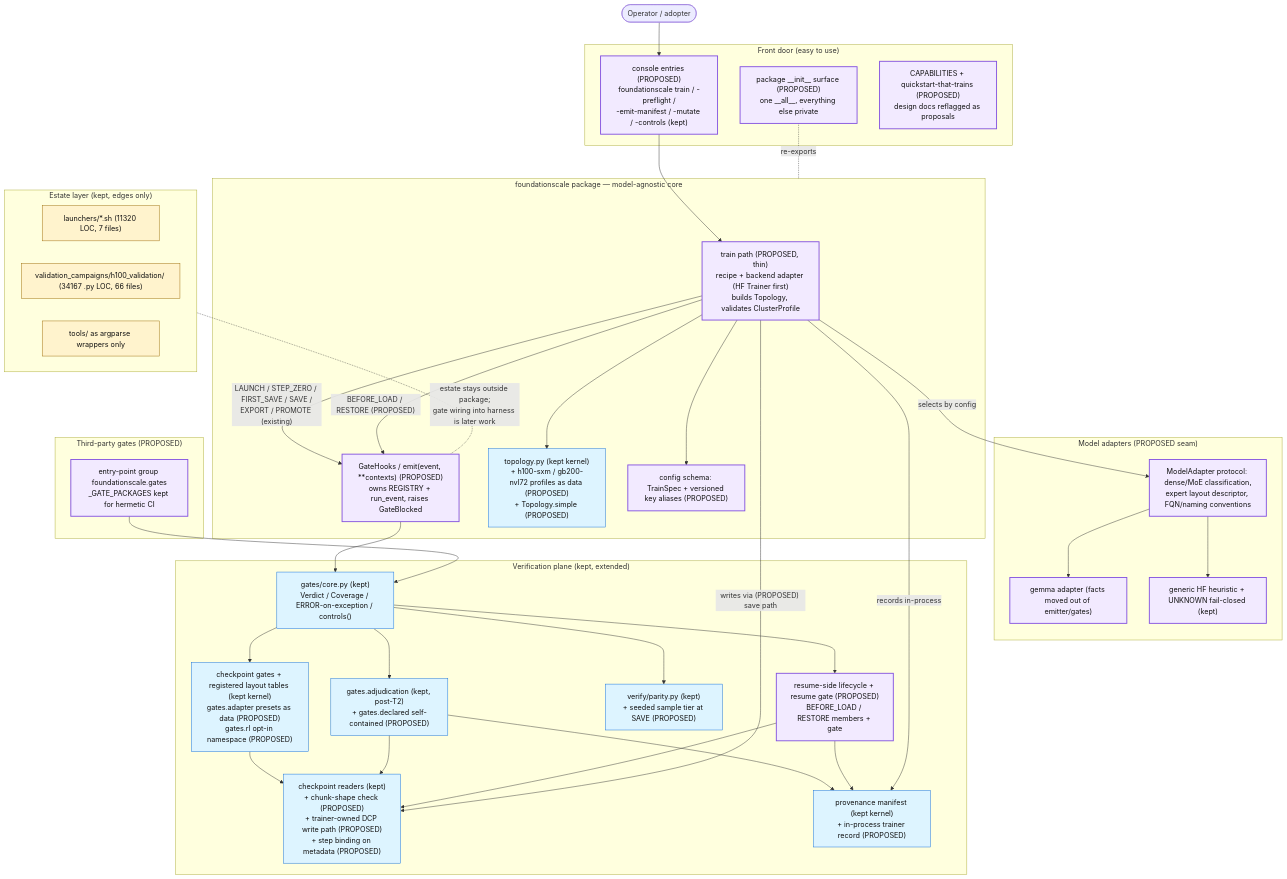
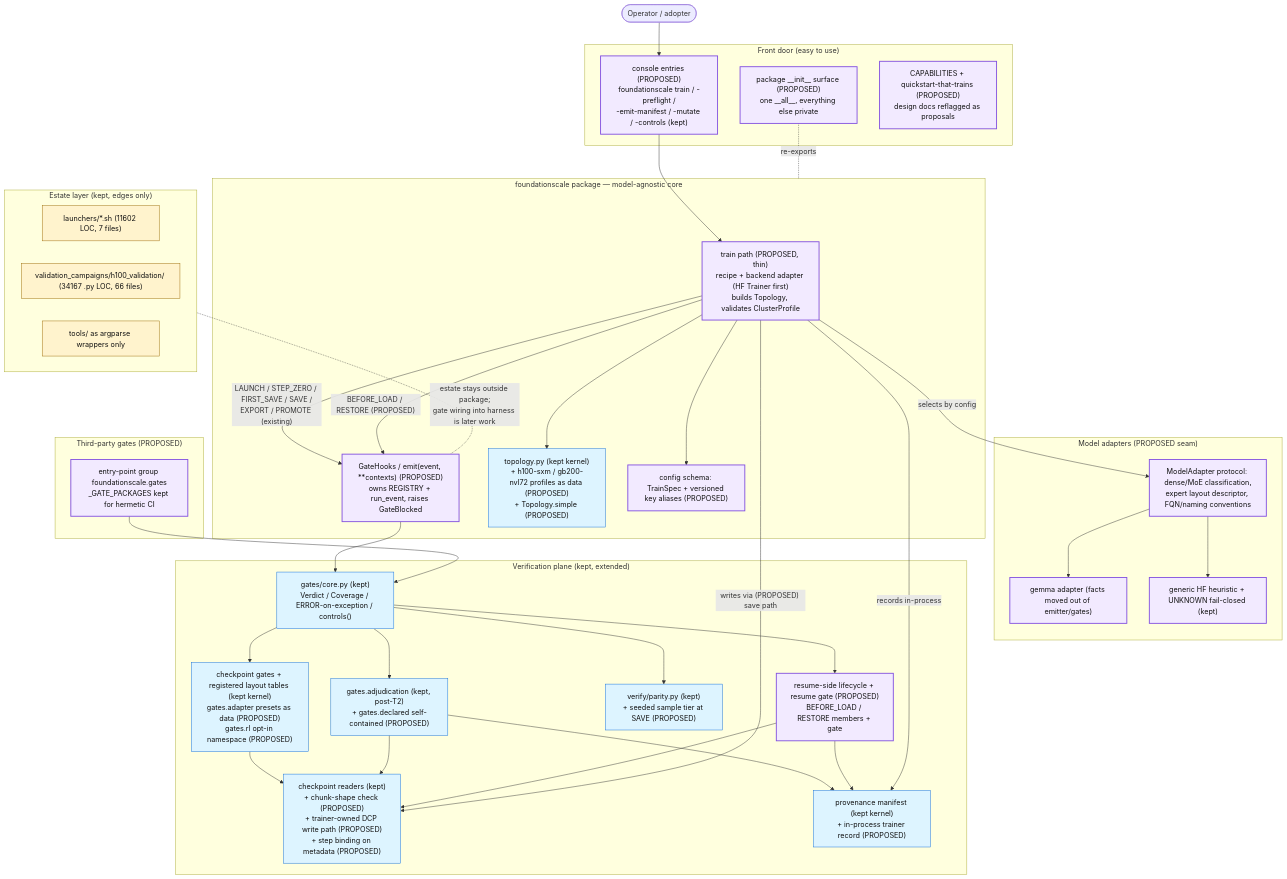
The diagram in docs/review/D5_proposed_architecture.md (TranNhiem/FoundationScale), drawn with Mermaid before and after one commit. The commit also changed other lines of this file and 15 other files, not shown here.

````diff
--- a/docs/review/D5_proposed_architecture.md
+++ b/docs/review/D5_proposed_architecture.md
@@ -13,74 +13,74 @@
 ```mermaid
 flowchart TB
   U(["Operator / adopter"])
 
   subgraph FRONT["Front door (easy to use)"]
     CLI["console entries (PROPOSED)<br/>foundationscale train / -preflight /<br/>-emit-manifest / -mutate / -controls (kept)"]
     SURF["package __init__ surface (PROPOSED)<br/>one __all__, everything else private"]
     DOCS["CAPABILITIES + quickstart-that-trains (PROPOSED)<br/>design docs reflagged as proposals"]
   end
 
   subgraph CORE["foundationscale package — model-agnostic core"]
     TRAIN["train path (PROPOSED, thin)<br/>recipe + backend adapter (HF Trainer first)<br/>builds Topology, validates ClusterProfile"]
     HOOKS["GateHooks / emit(event, **contexts) (PROPOSED)<br/>owns REGISTRY + run_event, raises GateBlocked"]
     TOPO["topology.py (kept kernel)<br/>+ h100-sxm / gb200-nvl72 profiles as data (PROPOSED)<br/>+ Topology.simple (PROPOSED)"]
     CONFIG["config schema: TrainSpec + versioned key aliases (PROPOSED)"]
   end
 
   subgraph ADAPT["Model adapters (PROPOSED seam)"]
     MA["ModelAdapter protocol: dense/MoE classification,<br/>expert layout descriptor, FQN/naming conventions"]
     GEM["gemma adapter (facts moved out of emitter/gates)"]
     HF["generic HF heuristic + UNKNOWN fail-closed (kept)"]
   end
 
   subgraph VERIFY["Verification plane (kept, extended)"]
     GCORE["gates/core.py (kept)<br/>Verdict / Coverage / ERROR-on-exception / controls()"]
     GCK["checkpoint gates + registered layout tables (kept kernel)<br/>gates.adapter presets as data (PROPOSED)<br/>gates.rl opt-in namespace (PROPOSED)"]
     ADJ["gates.adjudication (kept, post-T2)<br/>+ gates.declared self-contained (PROPOSED)"]
     PAR["verify/parity.py (kept)<br/>+ seeded sample tier at SAVE (PROPOSED)"]
     CKIO["checkpoint readers (kept)<br/>+ chunk-shape check (PROPOSED)<br/>+ trainer-owned DCP write path (PROPOSED)<br/>+ step binding on metadata (PROPOSED)"]
     PROV["provenance manifest (kept kernel)<br/>+ in-process trainer record (PROPOSED)"]
     RES["resume-side lifecycle + resume gate (PROPOSED)<br/>BEFORE_LOAD / RESTORE members + gate"]
   end
 
   subgraph PLUG["Third-party gates (PROPOSED)"]
     EP["entry-point group foundationscale.gates<br/>_GATE_PACKAGES kept for hermetic CI"]
   end
 
   subgraph ESTATE["Estate layer (kept, edges only)"]
-    LAU["launchers/*.sh (11320 LOC, 7 files)"]
+    LAU["launchers/*.sh (11602 LOC, 7 files)"]
     H100["validation_campaigns/h100_validation/ (34167 .py LOC, 66 files)"]
     WRAP["tools/ as argparse wrappers only"]
   end
 
   U --> CLI --> TRAIN
   SURF -. re-exports .- CORE
   TRAIN --> TOPO
   TRAIN --> CONFIG
   TRAIN -- "selects by config" --> MA
   MA --> GEM
   MA --> HF
   TRAIN -- "LAUNCH / STEP_ZERO / FIRST_SAVE / SAVE /<br/>EXPORT / PROMOTE (existing)" --> HOOKS
   TRAIN -- "BEFORE_LOAD / RESTORE (PROPOSED)" --> HOOKS
   HOOKS --> GCORE
   EP --> GCORE
   GCORE --> GCK
   GCORE --> ADJ
   GCORE --> PAR
   GCORE --> RES
   GCK --> CKIO
   ADJ --> CKIO
   ADJ --> PROV
   RES --> CKIO
   RES --> PROV
   TRAIN -- "writes via (PROPOSED) save path" --> CKIO
   TRAIN -- "records in-process" --> PROV
   ESTATE -. "estate stays outside package;<br/>gate wiring into harness is later work" .- HOOKS
 
   classDef new fill:#f2eaff,stroke:#8250df,stroke-width:2px,color:#111;
   classDef kept fill:#ddf4ff,stroke:#0969da,color:#111;
   classDef estate fill:#fff3cd,stroke:#9a6700,color:#111;
   class TRAIN,HOOKS,CLI,SURF,DOCS,MA,GEM,HF,RES,EP,CONFIG new;
   class GCORE,GCK,ADJ,PAR,CKIO,PROV,TOPO kept;
   class LAU,H100,WRAP estate;
 ```
````
